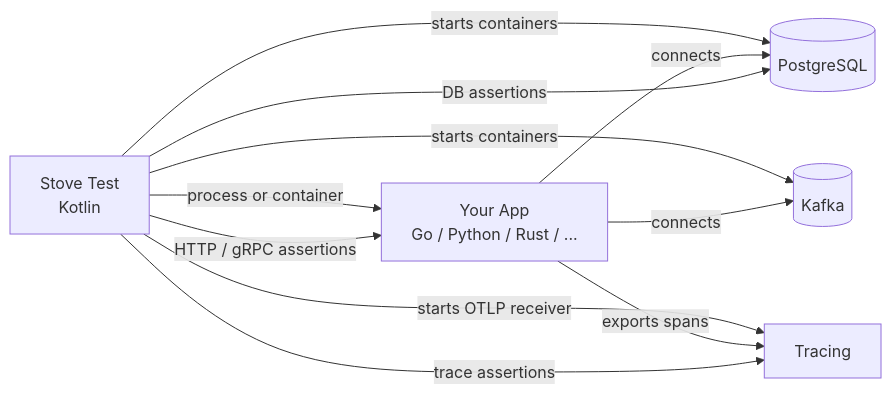
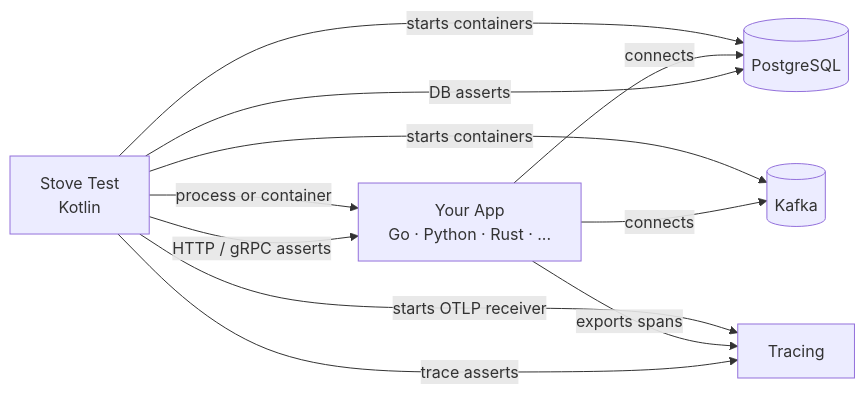
Before and after one commit to Trendyol/stove: the diagram in docs/other-languages/index.md, drawn with Mermaid. The commit also changed other lines of this file and 80 other files, not shown here.

````diff
--- a/docs/other-languages/index.md
+++ b/docs/other-languages/index.md
@@ -14,13 +39,13 @@
 ```mermaid
 graph LR
-    S[Stove Test<br>Kotlin] -->|starts containers| PG[(PostgreSQL)]
+    S[Stove Test<br/>Kotlin] -->|starts containers| PG[(PostgreSQL)]
     S -->|starts containers| K[(Kafka)]
     S -->|starts OTLP receiver| T[Tracing]
-    S -->|process or container| APP[Your App<br>Go / Python / Rust / ...]
+    S -->|process or container| APP[Your App<br/>Go · Python · Rust · ...]
     APP -->|connects| PG
     APP -->|connects| K
     APP -->|exports spans| T
-    S -->|HTTP / gRPC assertions| APP
-    S -->|DB assertions| PG
-    S -->|trace assertions| T
+    S -->|HTTP / gRPC asserts| APP
+    S -->|DB asserts| PG
+    S -->|trace asserts| T
 ```
````
